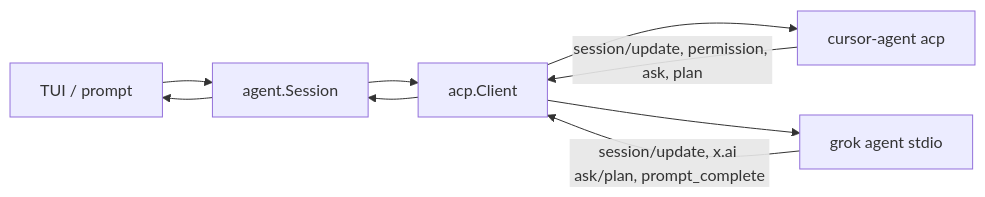
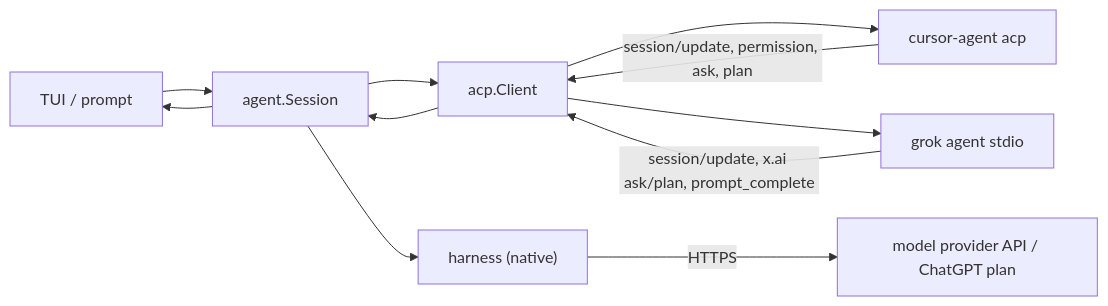
Before and after one commit to charliek/craze: the first of 2 diagrams in docs/development/architecture.md, drawn with Mermaid. The commit also changed other lines of this file and 16 other files, not shown here.

````diff
--- a/docs/development/architecture.md
+++ b/docs/development/architecture.md
@@ -10,11 +13,13 @@
 ```mermaid
 flowchart LR
   tui["TUI / prompt"] --> session["agent.Session"]
   session --> client["acp.Client"]
   client --> cursor["cursor-agent acp"]
   client --> grok["grok agent stdio"]
   cursor -->|"session/update, permission, ask, plan"| client
   grok -->|"session/update, x.ai ask/plan, prompt_complete"| client
   client --> session
   session --> tui
+  session --> native["harness (native)"]
+  native -->|"HTTPS"| api["model provider API / ChatGPT plan"]
 ```
````
